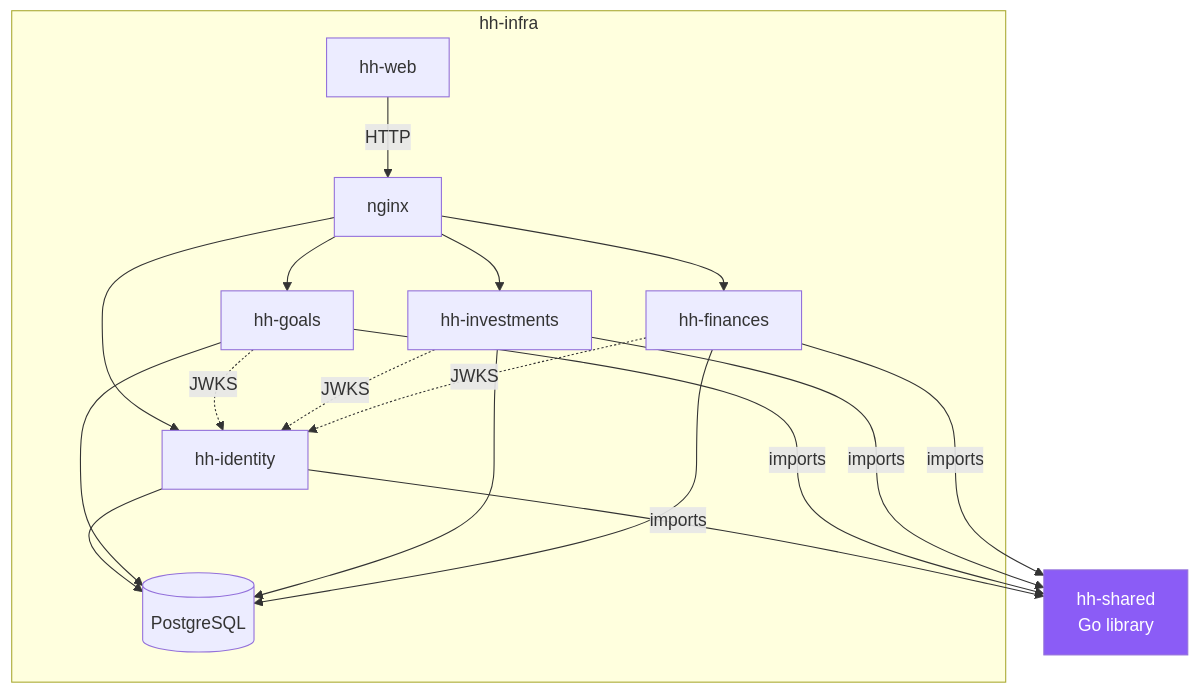
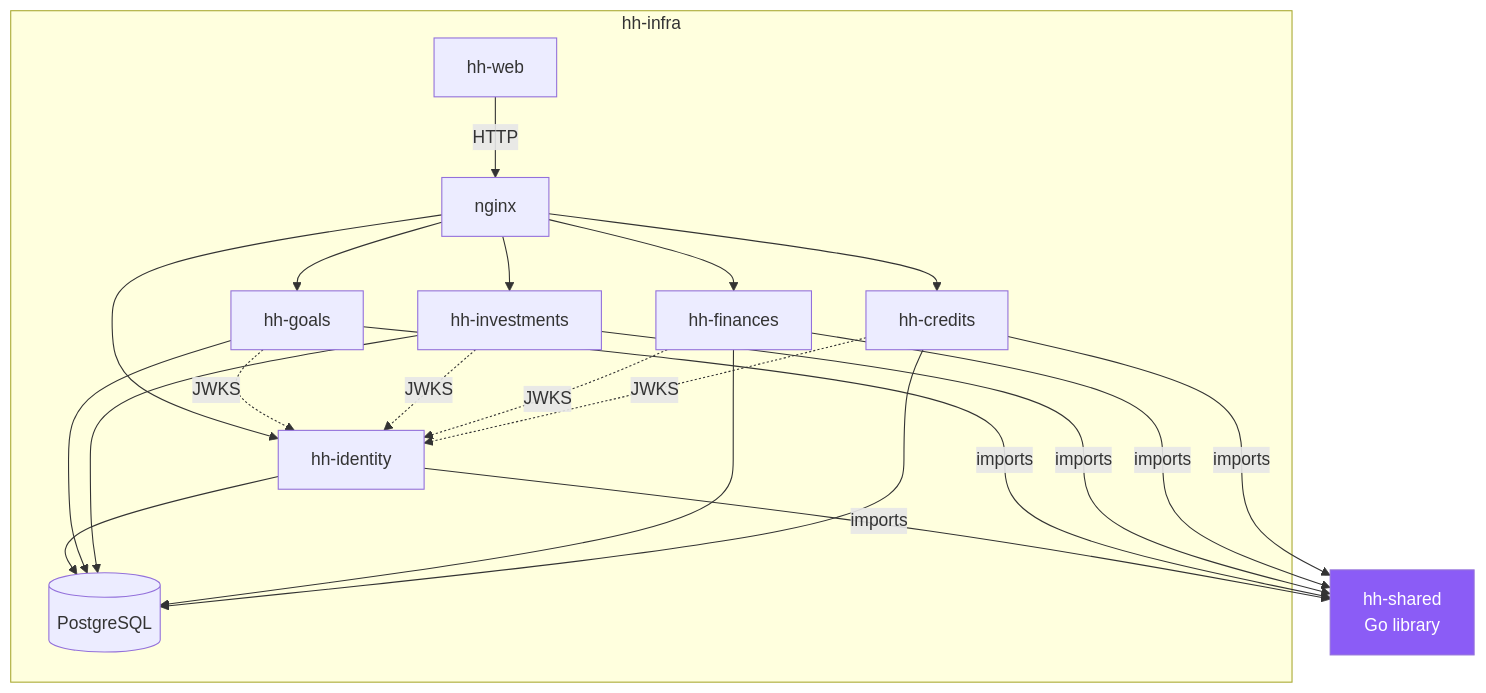
Before and after one commit to tiagorocha94/hh-docs: the first of 3 diagrams in docs/architecture.md, drawn with Mermaid. The commit also changed other lines of this file and 4 other files, not shown here.

Commit message:
docs: add hh-credits feature and repository pages, update architecture

````diff
--- a/docs/architecture.md
+++ b/docs/architecture.md
@@ -26,28 +27,32 @@
 ```mermaid
 graph TD
     subgraph hh-infra
         N[nginx]
         PG[(PostgreSQL)]
         WEB[hh-web] -->|HTTP| N
         N --> IDENTITY[hh-identity]
         N --> GOALS[hh-goals]
         N --> INV[hh-investments]
         N --> FIN[hh-finances]
+        N --> CREDITS[hh-credits]
         IDENTITY --> PG
         GOALS --> PG
         INV --> PG
         FIN --> PG
+        CREDITS --> PG
     end
 
     SHARED[hh-shared<br/>Go library]
     IDENTITY -->|imports| SHARED
     GOALS -->|imports| SHARED
     INV -->|imports| SHARED
     FIN -->|imports| SHARED
+    CREDITS -->|imports| SHARED
 
     GOALS -.->|JWKS| IDENTITY
     INV -.->|JWKS| IDENTITY
     FIN -.->|JWKS| IDENTITY
+    CREDITS -.->|JWKS| IDENTITY
 
     style SHARED fill:#8b5cf6,color:#fff
 ```
````
